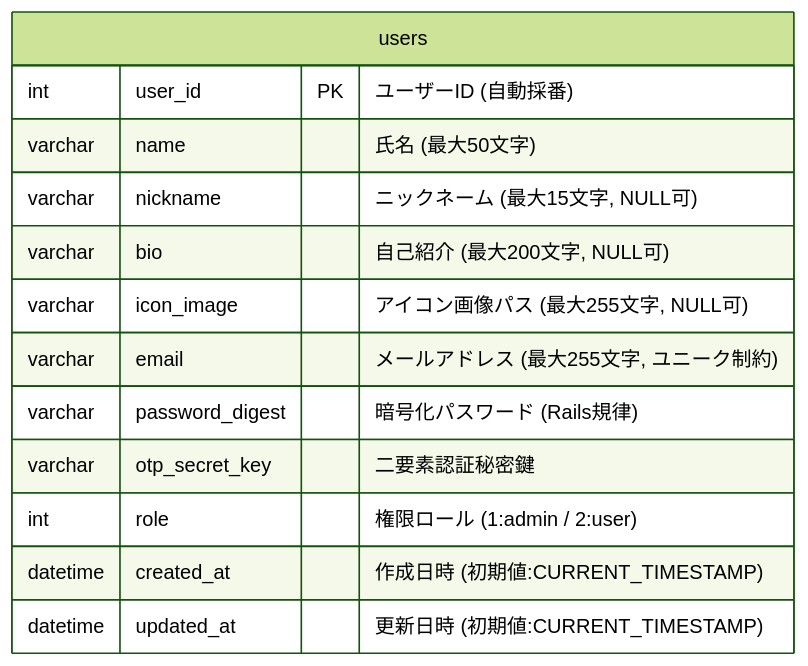
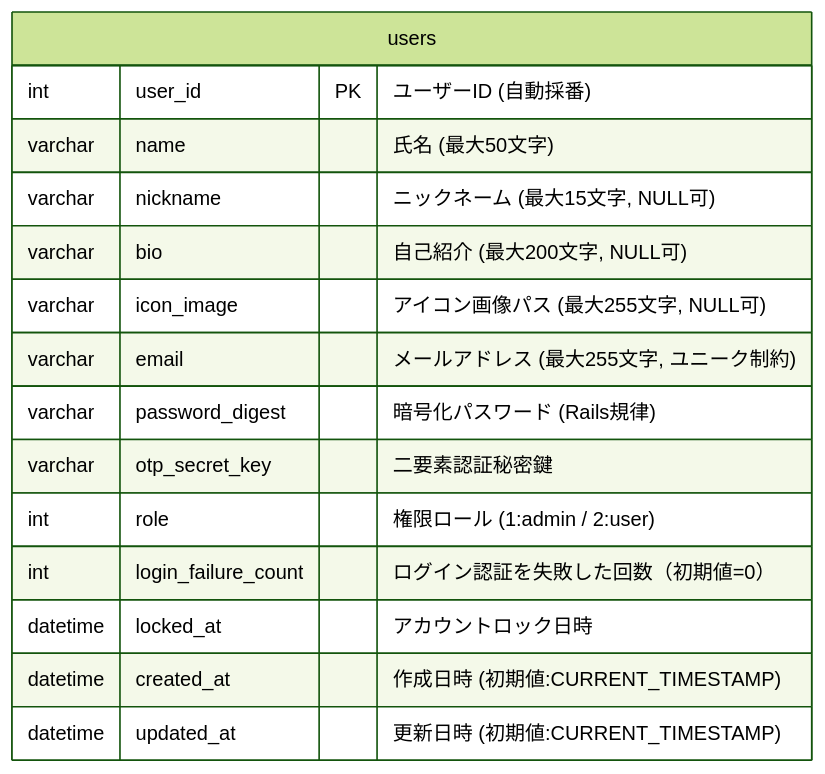
One commit to mei3336/ptu-training-hosoya changed the diagram in docs/basic_design/基本設計書.md. Above: the diagram before and after it, drawn with Mermaid (forest theme). The commit also changed other lines of this file and 4 other files, not shown here.

Commit message:
基本設計書ER図、データベース設計にログイン認証のロックのためのカランを追記。ログイン画面にが新規登録リンクがないものとする修正の徹底。

````diff
--- a/docs/basic_design/基本設計書.md
+++ b/docs/basic_design/基本設計書.md
@@ -210,16 +212,18 @@
 ```mermaid
 erDiagram
     users {
         int user_id PK "ユーザーID (自動採番)"
         varchar name "氏名 (最大50文字)"
         varchar nickname "ニックネーム (最大15文字, NULL可)"
         varchar bio "自己紹介 (最大200文字, NULL可)"
         varchar icon_image "アイコン画像パス (最大255文字, NULL可)"
         varchar email "メールアドレス (最大255文字, ユニーク制約)"
         varchar password_digest "暗号化パスワード (Rails規律)"
         varchar otp_secret_key "二要素認証秘密鍵"
         int role "権限ロール (1:admin / 2:user)"
+        int login_failure_count "ログイン認証を失敗した回数（初期値=0）"
+        datetime locked_at  "アカウントロック日時"
         datetime created_at "作成日時 (初期値:CURRENT_TIMESTAMP)"
         datetime updated_at "更新日時 (初期値:CURRENT_TIMESTAMP)"
     }
 ```
````
